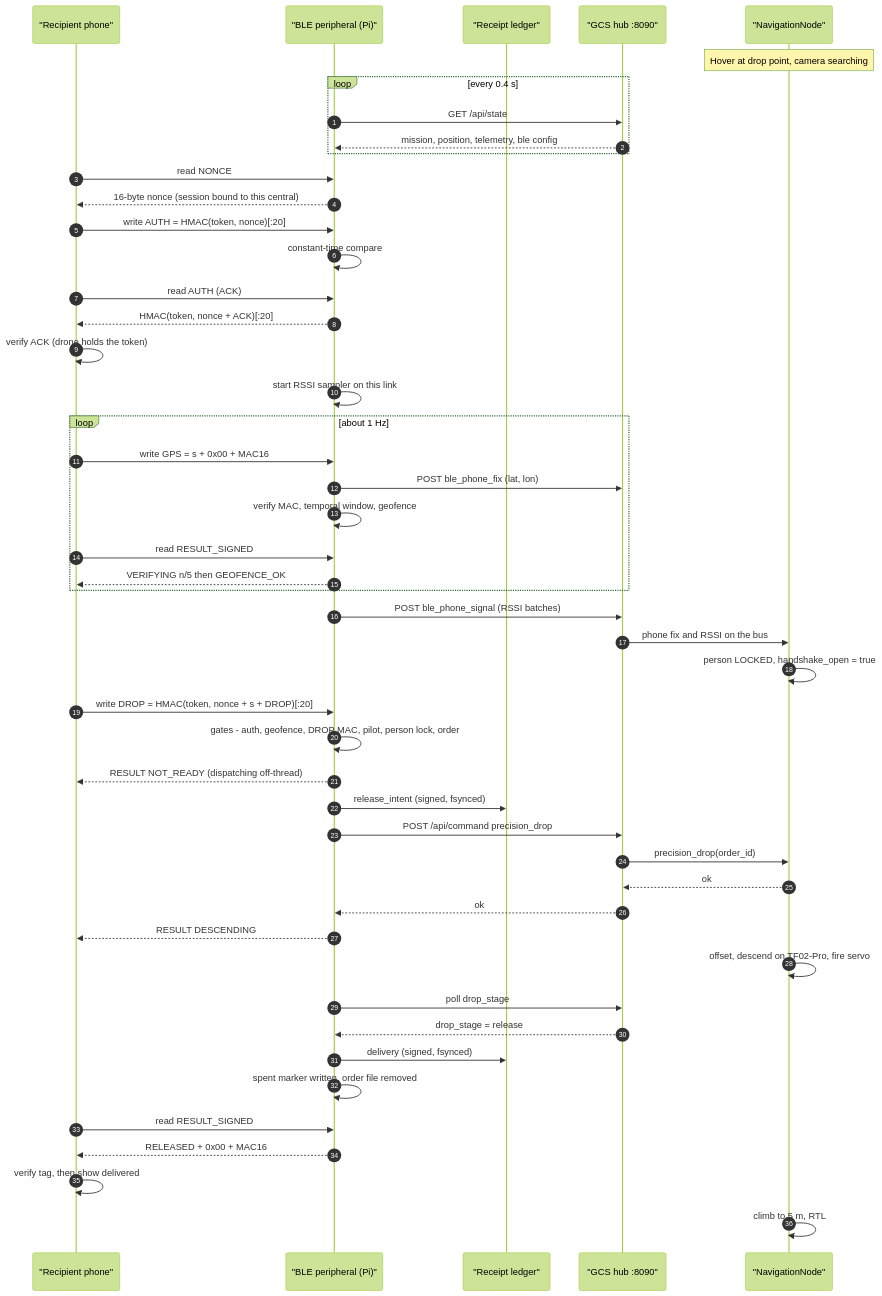
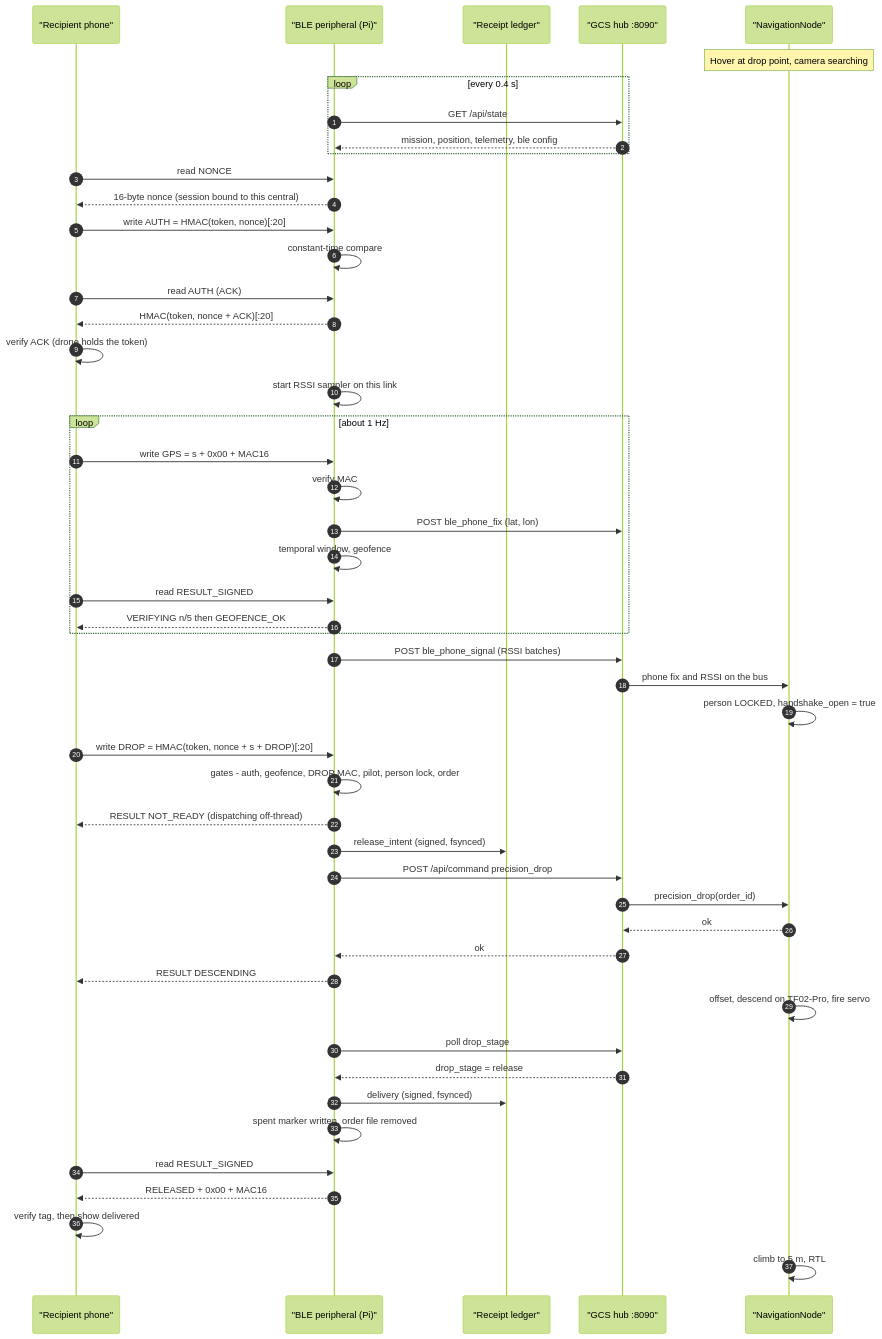
Before and after one commit to GVishwasReddy/AERIX-Capstone-Team-21: the second of 6 diagrams in docs/guide/06-ble-handshake-security.md, drawn with Mermaid (forest theme). The commit also changed other lines of this file and 8 other files, not shown here.

````diff
--- a/docs/guide/06-ble-handshake-security.md
+++ b/docs/guide/06-ble-handshake-security.md
@@ -138,51 +138,52 @@
 ```mermaid
 sequenceDiagram
     autonumber
     participant P as "Recipient phone"
     participant B as "BLE peripheral (Pi)"
     participant L as "Receipt ledger"
     participant G as "GCS hub :8090"
     participant N as "NavigationNode"
 
     Note over N: Hover at drop point, camera searching
     loop every 0.4 s
         B->>G: GET /api/state
         G-->>B: mission, position, telemetry, ble config
     end
     P->>B: read NONCE
     B-->>P: 16-byte nonce (session bound to this central)
     P->>B: write AUTH = HMAC(token, nonce)[:20]
     B->>B: constant-time compare
     P->>B: read AUTH (ACK)
     B-->>P: HMAC(token, nonce + ACK)[:20]
     P->>P: verify ACK (drone holds the token)
     B->>B: start RSSI sampler on this link
     loop about 1 Hz
         P->>B: write GPS = s + 0x00 + MAC16
+        B->>B: verify MAC
         B->>G: POST ble_phone_fix (lat, lon)
-        B->>B: verify MAC, temporal window, geofence
+        B->>B: temporal window, geofence
         P->>B: read RESULT_SIGNED
         B-->>P: VERIFYING n/5 then GEOFENCE_OK
     end
     B->>G: POST ble_phone_signal (RSSI batches)
     G->>N: phone fix and RSSI on the bus
     N->>N: person LOCKED, handshake_open = true
     P->>B: write DROP = HMAC(token, nonce + s + DROP)[:20]
     B->>B: gates - auth, geofence, DROP MAC, pilot, person lock, order
     B-->>P: RESULT NOT_READY (dispatching off-thread)
     B->>L: release_intent (signed, fsynced)
     B->>G: POST /api/command precision_drop
     G->>N: precision_drop(order_id)
     N-->>G: ok
     G-->>B: ok
     B-->>P: RESULT DESCENDING
     N->>N: offset, descend on TF02-Pro, fire servo
     B->>G: poll drop_stage
     G-->>B: drop_stage = release
     B->>L: delivery (signed, fsynced)
     B->>B: spent marker written, order file removed
     P->>B: read RESULT_SIGNED
     B-->>P: RELEASED + 0x00 + MAC16
     P->>P: verify tag, then show delivered
     N->>N: climb to 5 m, RTL
 ```
````
